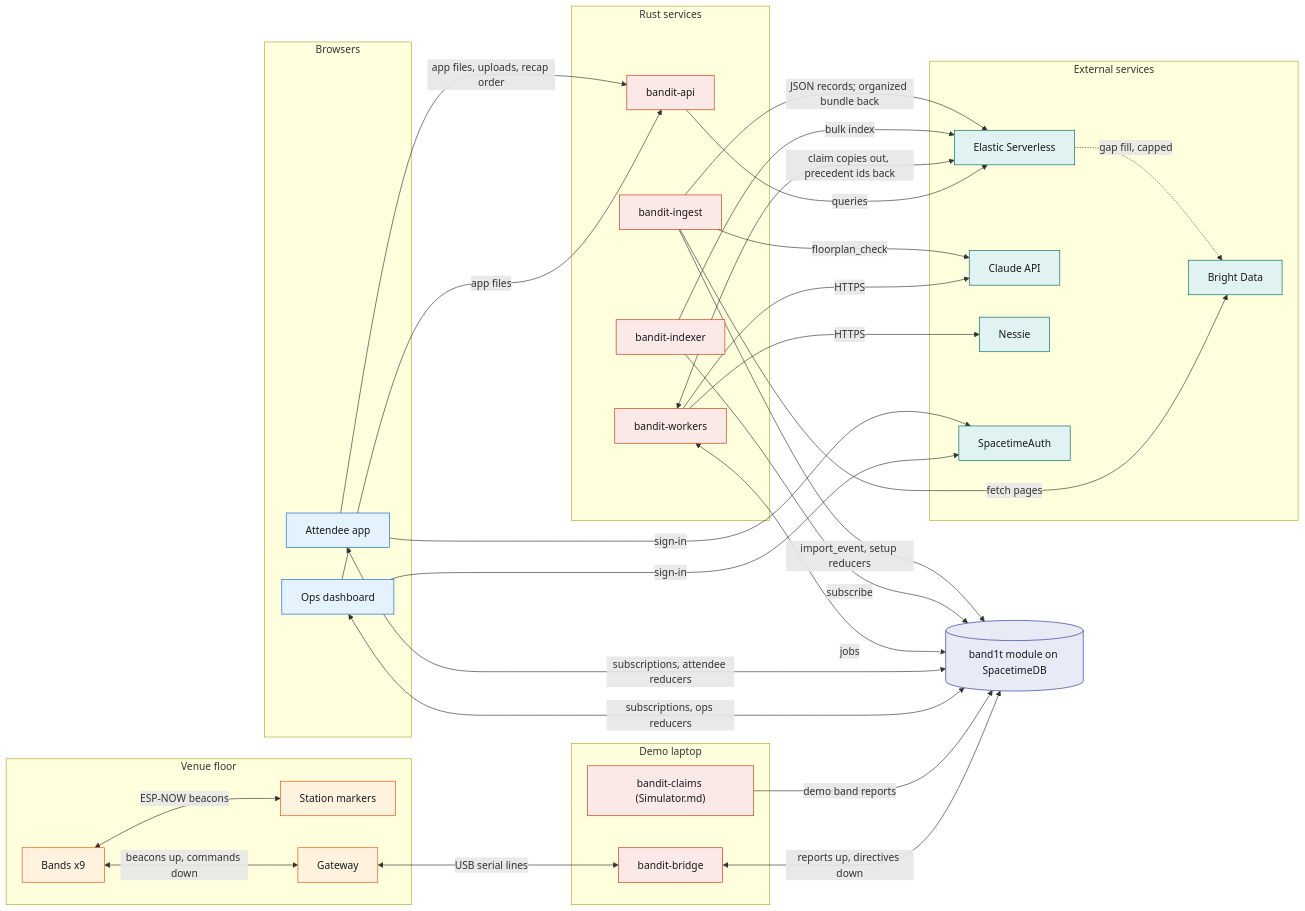
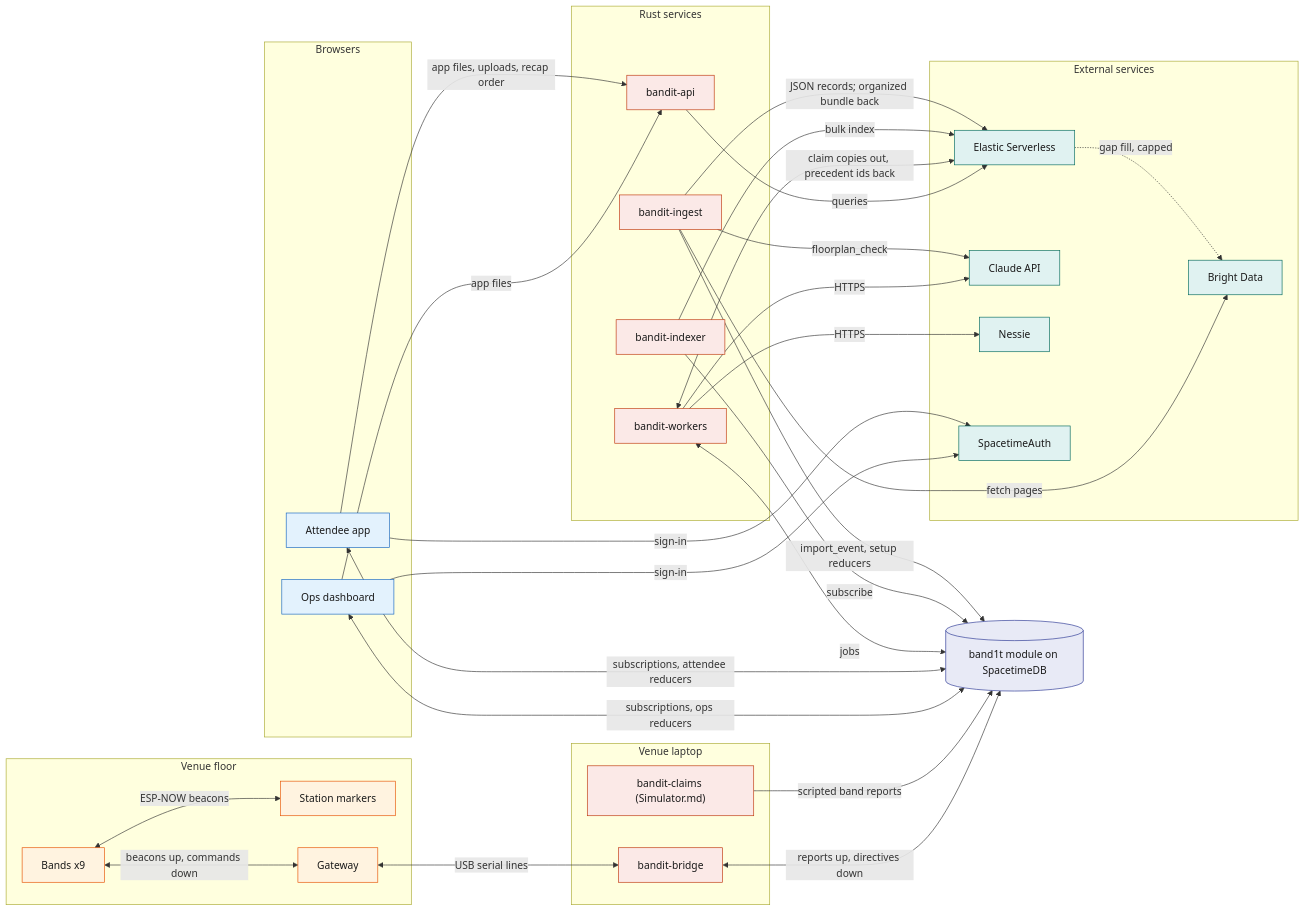
One commit to viktorinkov/cal-hacks-13 changed the second of 5 diagrams in System Design/1-overview/Architecture.md. Above: the diagram before and after it, drawn with Mermaid. The commit also changed other lines of this file and 22 other files, not shown here.

````diff
--- a/System Design/1-overview/Architecture.md
+++ b/System Design/1-overview/Architecture.md
@@ -95,65 +95,65 @@
 ```mermaid
 flowchart LR
   subgraph Venue["Venue floor"]
     Bands["Bands x9"]
     Stations["Station markers"]
     Gateway["Gateway"]
   end
-  subgraph Laptop["Demo laptop"]
+  subgraph Laptop["Venue laptop"]
     Bridge["bandit-bridge"]
     Sim["bandit-claims (Simulator.md)"]
   end
   STDB[("band1t module on SpacetimeDB")]
   subgraph Apps["Browsers"]
     Ops["Ops dashboard"]
     App["Attendee app"]
   end
   subgraph Services["Rust services"]
     API["bandit-api"]
     Workers["bandit-workers"]
     Indexer["bandit-indexer"]
     Ingest["bandit-ingest"]
   end
   subgraph SaaS["External services"]
     Elastic["Elastic Serverless"]
     Claude["Claude API"]
     Nessie["Nessie"]
     Bright["Bright Data"]
     Auth["SpacetimeAuth"]
   end
 
   Bands <-->|"ESP-NOW beacons"| Stations
   Bands <-->|"beacons up, commands down"| Gateway
   Gateway <-->|"USB serial lines"| Bridge
   Bridge <-->|"reports up, directives down"| STDB
-  Sim -->|"demo band reports"| STDB
+  Sim -->|"scripted band reports"| STDB
   Ops <-->|"subscriptions, ops reducers"| STDB
   App <-->|"subscriptions, attendee reducers"| STDB
   Ops -->|"app files"| API
   App -->|"app files, uploads, recap order"| API
   Ops -->|"sign-in"| Auth
   App -->|"sign-in"| Auth
   API -->|"queries"| Elastic
   Workers <-->|"jobs"| STDB
   Workers -->|"HTTPS"| Claude
   Workers -->|"HTTPS"| Nessie
   Workers <-->|"claim copies out, precedent ids back"| Elastic
   Indexer -->|"subscribe"| STDB
   Indexer -->|"bulk index"| Elastic
   Ingest -->|"fetch pages"| Bright
   Ingest -->|"floorplan_check"| Claude
   Ingest -->|"JSON records; organized bundle back"| Elastic
   Elastic -.->|"gap fill, capped"| Bright
   Ingest -->|"import_event, setup reducers"| STDB
 
   classDef device fill:#FFF3E0,stroke:#E65100,color:#1A1A1A
   classDef rust fill:#FBE9E7,stroke:#BF360C,color:#1A1A1A
   classDef stdb fill:#E8EAF6,stroke:#283593,color:#1A1A1A
   classDef web fill:#E3F2FD,stroke:#1565C0,color:#1A1A1A
   classDef ext fill:#E0F2F1,stroke:#00695C,color:#1A1A1A
   class Bands,Stations,Gateway device
   class Bridge,Sim,API,Workers,Indexer,Ingest rust
   class STDB stdb
   class Ops,App web
   class Elastic,Claude,Nessie,Bright,Auth ext
 ```
````
